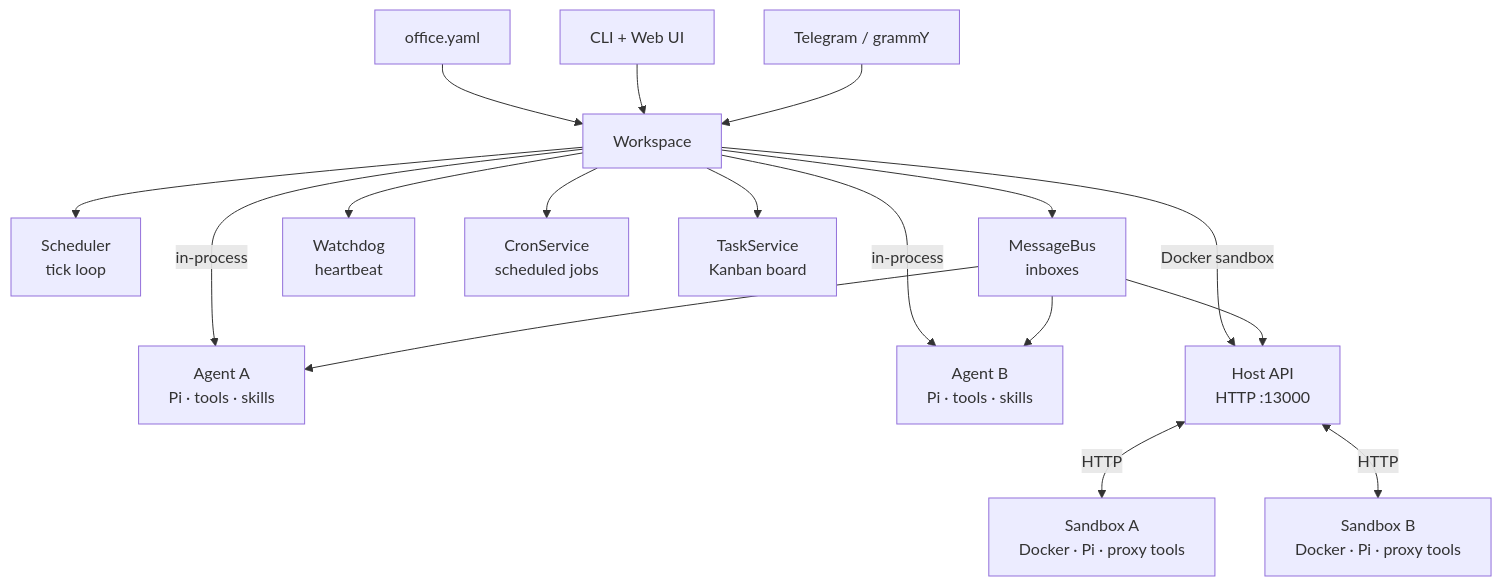
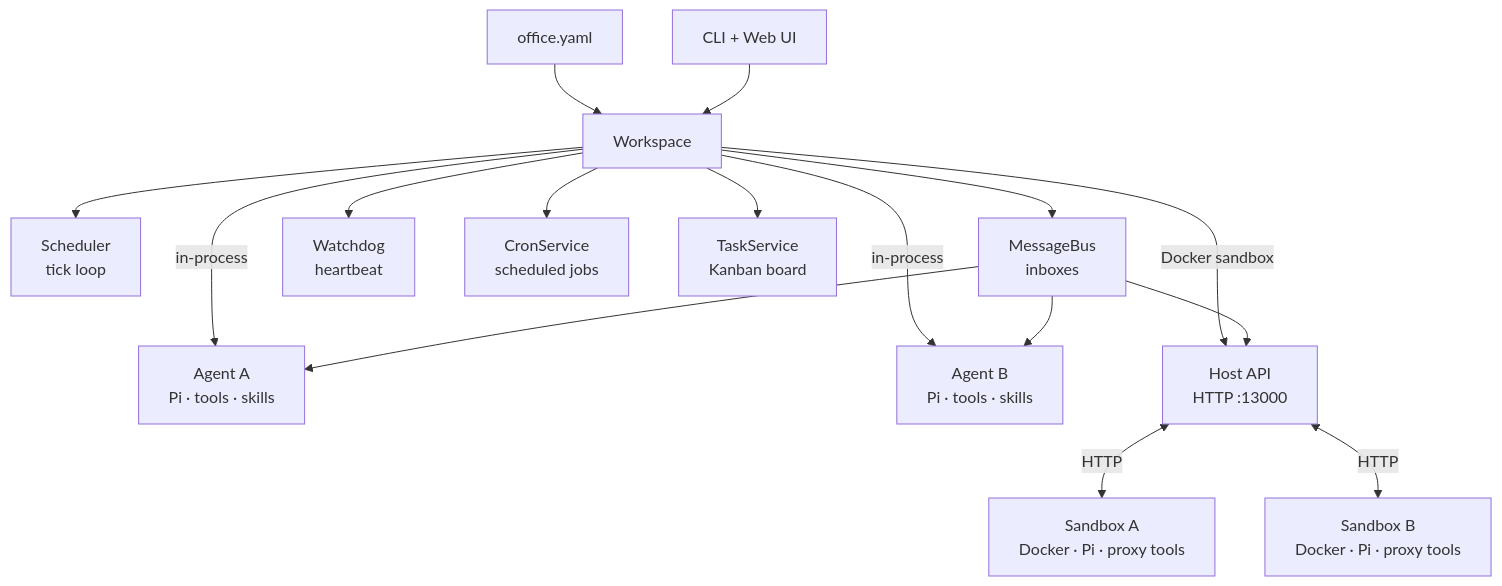
The diagram in README.md (nivekoddworld/agent-office), drawn with Mermaid before and after one commit. The commit also changed other lines of this file and 10 other files, not shown here.

````diff
--- a/README.md
+++ b/README.md
@@ -112,23 +108,22 @@
 ```mermaid
 graph TD
     YAML[office.yaml] --> WS
     CLI[CLI + Web UI] --> WS[Workspace]
-    TG[Telegram / grammY] --> WS
 
     WS --> SCH[Scheduler\ntick loop]
     WS --> BUS[MessageBus\ninboxes]
     WS --> WD[Watchdog\nheartbeat]
     WS --> CRON[CronService\nscheduled jobs]
     WS --> TS[TaskService\nKanban board]
 
     WS -->|in-process| A[Agent A\nPi · tools · skills]
     WS -->|in-process| B[Agent B\nPi · tools · skills]
 
     WS -->|Docker sandbox| HA[Host API\nHTTP :13000]
     HA <-->|HTTP| SA[Sandbox A\nDocker · Pi · proxy tools]
     HA <-->|HTTP| SB[Sandbox B\nDocker · Pi · proxy tools]
 
     BUS --> A
     BUS --> B
     BUS --> HA
 ```
````
